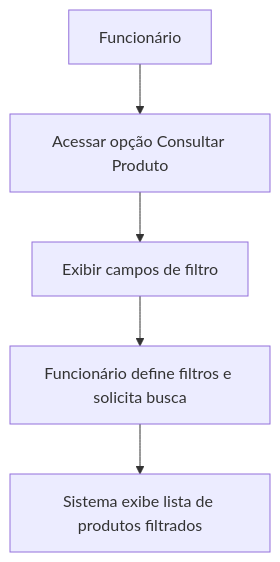
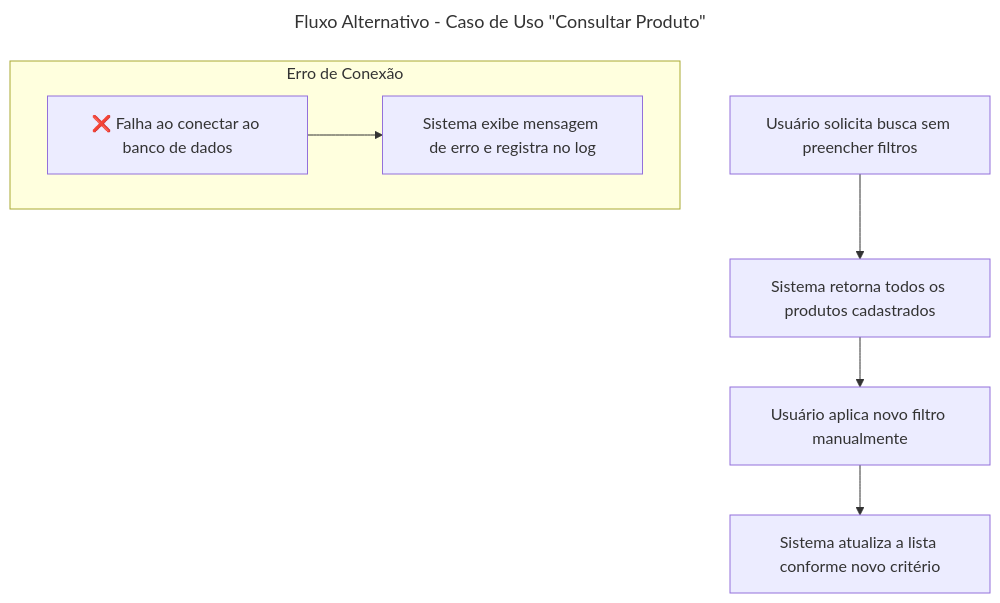
One commit to michelcarvalho85/HortiSystem changed the diagram in Documentos/UC02 - Consultar Produto.mmd. Above: the diagram before and after it, drawn with Mermaid.

Commit message:
Update UC02 - Consultar Produto.mmd

```diff
--- a/Documentos/UC02 - Consultar Produto.mmd
+++ b/Documentos/UC02 - Consultar Produto.mmd
@@ -1,5 +1,13 @@
+---
+title: Fluxo Alternativo - Caso de Uso "Consultar Produto"
+---
 graph TD
-    F[Funcionário] --> A[Acessar opção Consultar Produto]
-    A --> B[Exibir campos de filtro]
-    B --> C[Funcionário define filtros e solicita busca]
-    C --> D[Sistema exibe lista de produtos filtrados]
+    A[Usuário solicita busca sem preencher filtros]
+    A --> B[Sistema retorna todos os produtos cadastrados]
+    B --> C[Usuário aplica novo filtro manualmente]
+    C --> D[Sistema atualiza a lista conforme novo critério]
+
+    subgraph Erro de Conexão
+        E[❌ Falha ao conectar ao banco de dados]
+        E --> F[Sistema exibe mensagem de erro e registra no log]
+    end
```
